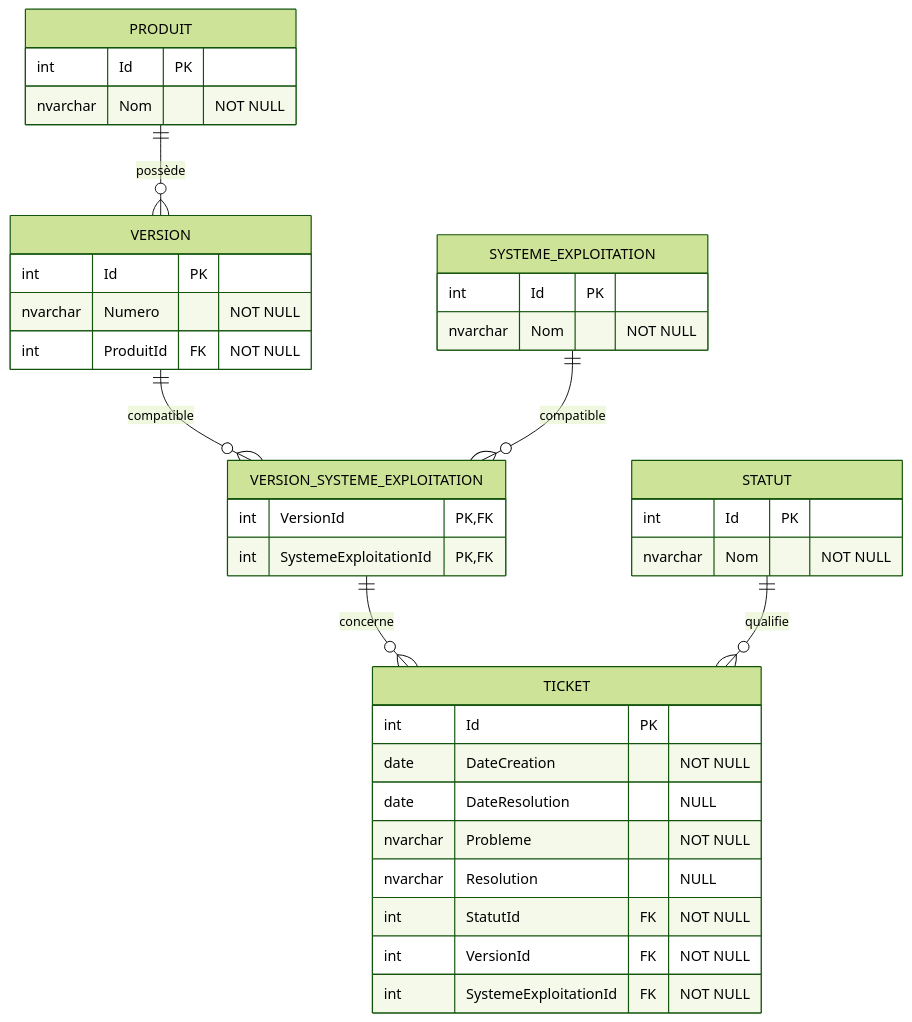
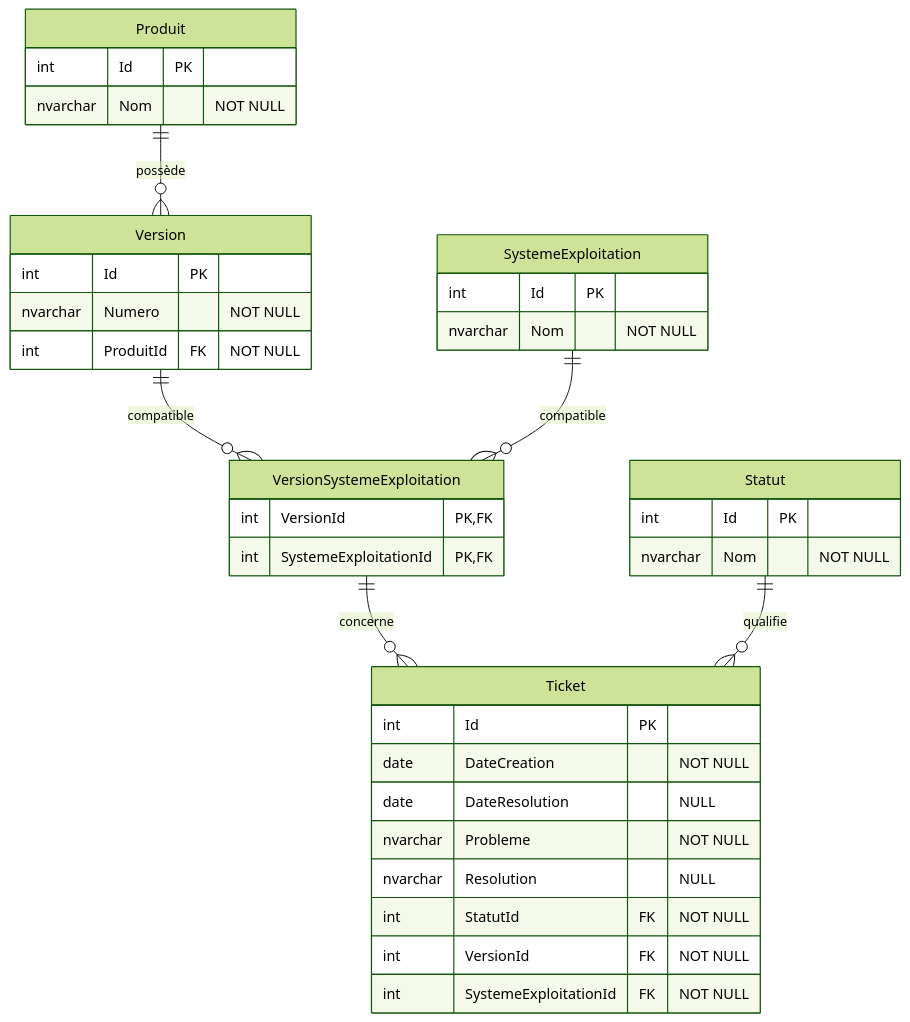
The diagram in README.md (domblocs-dev/Projet6-NexaWorks), drawn with Mermaid (forest theme) before and after one commit. The commit also changed 1 other file, not shown here.

Commit message:
Améliore le modèle : noms alignés (sans underscore) et PDF en 3 pages (schéma, détail, diagramme complet)

````diff
--- a/README.md
+++ b/README.md
@@ -22,40 +22,40 @@
 ```mermaid
 erDiagram
-    PRODUIT ||--o{ VERSION : "possède"
-    VERSION ||--o{ VERSION_SYSTEME_EXPLOITATION : "compatible"
-    SYSTEME_EXPLOITATION ||--o{ VERSION_SYSTEME_EXPLOITATION : "compatible"
-    VERSION_SYSTEME_EXPLOITATION ||--o{ TICKET : "concerne"
-    STATUT ||--o{ TICKET : "qualifie"
+    Produit ||--o{ Version : "possède"
+    Version ||--o{ VersionSystemeExploitation : "compatible"
+    SystemeExploitation ||--o{ VersionSystemeExploitation : "compatible"
+    VersionSystemeExploitation ||--o{ Ticket : "concerne"
+    Statut ||--o{ Ticket : "qualifie"
 
-    PRODUIT {
+    Produit {
         int Id PK
         nvarchar Nom "NOT NULL"
     }
-    VERSION {
+    Version {
         int Id PK
         nvarchar Numero "NOT NULL"
         int ProduitId FK "NOT NULL"
     }
-    SYSTEME_EXPLOITATION {
+    SystemeExploitation {
         int Id PK
         nvarchar Nom "NOT NULL"
     }
-    VERSION_SYSTEME_EXPLOITATION {
+    VersionSystemeExploitation {
         int VersionId PK, FK
         int SystemeExploitationId PK, FK
     }
-    STATUT {
+    Statut {
         int Id PK
         nvarchar Nom "NOT NULL"
     }
-    TICKET {
+    Ticket {
         int Id PK
         date DateCreation "NOT NULL"
         date DateResolution "NULL"
         nvarchar Probleme "NOT NULL"
         nvarchar Resolution "NULL"
         int StatutId FK "NOT NULL"
         int VersionId FK "NOT NULL"
         int SystemeExploitationId FK "NOT NULL"
     }
 ```
````
